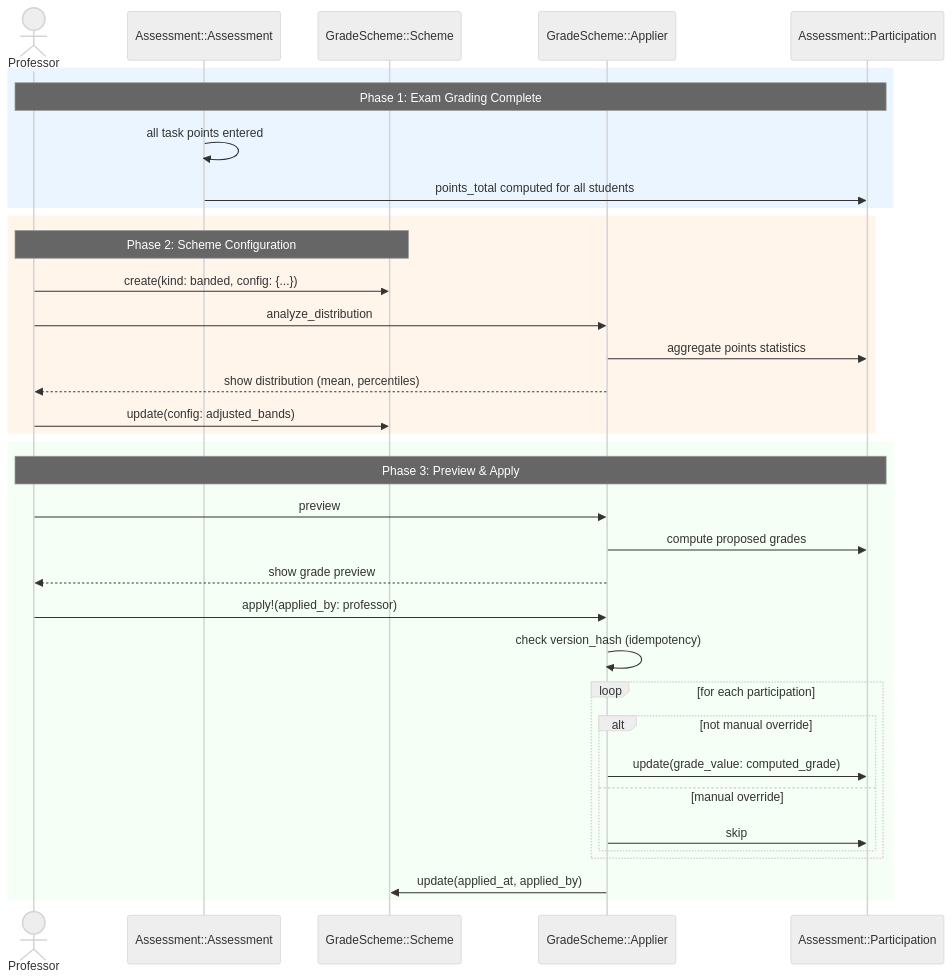
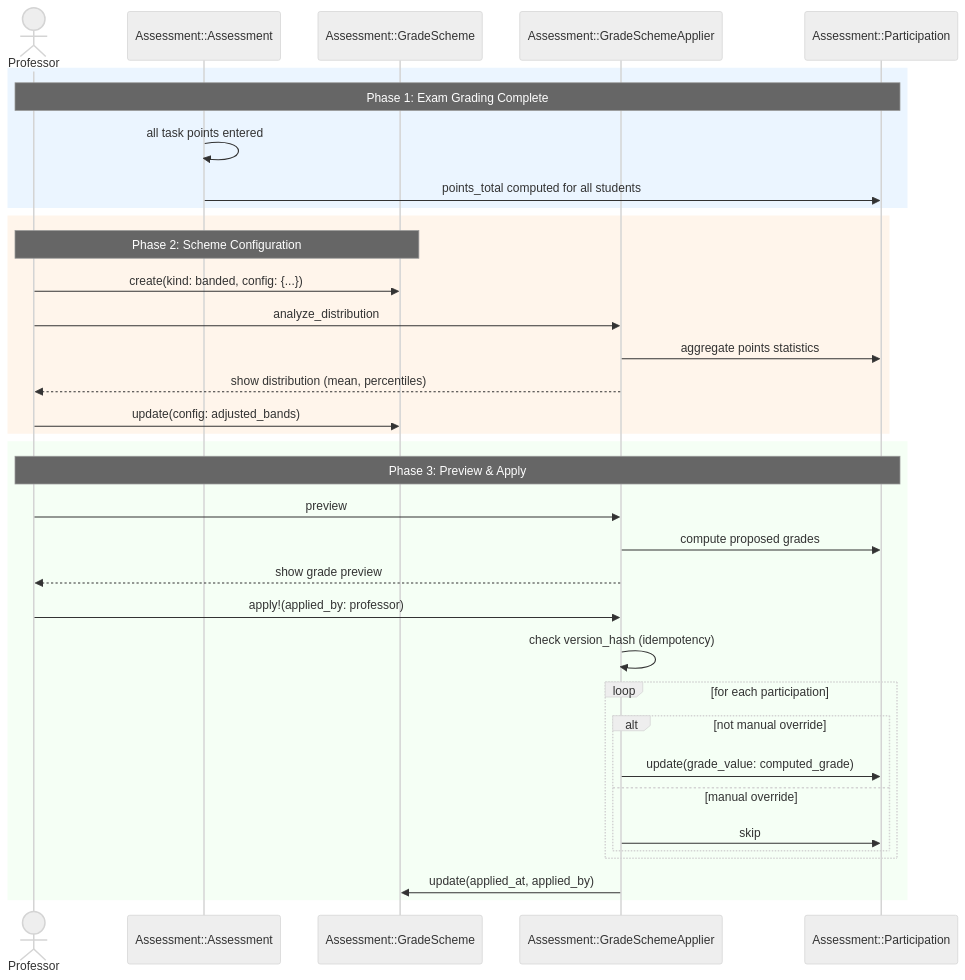
Before and after one commit to MaMpf-HD/mampf: the fifth of 5 diagrams in architecture/src/features/05b-grading-schemes.md, drawn with Mermaid (neutral theme). The commit also changed other lines of this file and 10 other files, not shown here.

````diff
--- a/architecture/src/features/05b-grading-schemes.md
+++ b/architecture/src/features/05b-grading-schemes.md
@@ -766,40 +778,40 @@
 ```mermaid
 sequenceDiagram
     actor Professor
     participant Assessment as Assessment::Assessment
-    participant Scheme as GradeScheme::Scheme
-    participant Applier as GradeScheme::Applier
+    participant Scheme as Assessment::GradeScheme
+    participant Applier as Assessment::GradeSchemeApplier
     participant Participation as Assessment::Participation
 
     rect rgb(235, 245, 255)
     note over Professor,Participation: Phase 1: Exam Grading Complete
     Assessment->>Assessment: all task points entered
     Assessment->>Participation: points_total computed for all students
     end
 
     rect rgb(255, 245, 235)
     note over Professor,Scheme: Phase 2: Scheme Configuration
     Professor->>Scheme: create(kind: banded, config: {...})
     Professor->>Applier: analyze_distribution
     Applier->>Participation: aggregate points statistics
     Applier-->>Professor: show distribution (mean, percentiles)
     Professor->>Scheme: update(config: adjusted_bands)
     end
 
     rect rgb(245, 255, 245)
     note over Professor,Participation: Phase 3: Preview & Apply
     Professor->>Applier: preview
     Applier->>Participation: compute proposed grades
     Applier-->>Professor: show grade preview
     Professor->>Applier: apply!(applied_by: professor)
     Applier->>Applier: check version_hash (idempotency)
     loop for each participation
         alt not manual override
             Applier->>Participation: update(grade_value: computed_grade)
         else manual override
             Applier->>Participation: skip
         end
     end
     Applier->>Scheme: update(applied_at, applied_by)
     end
 ```
````
